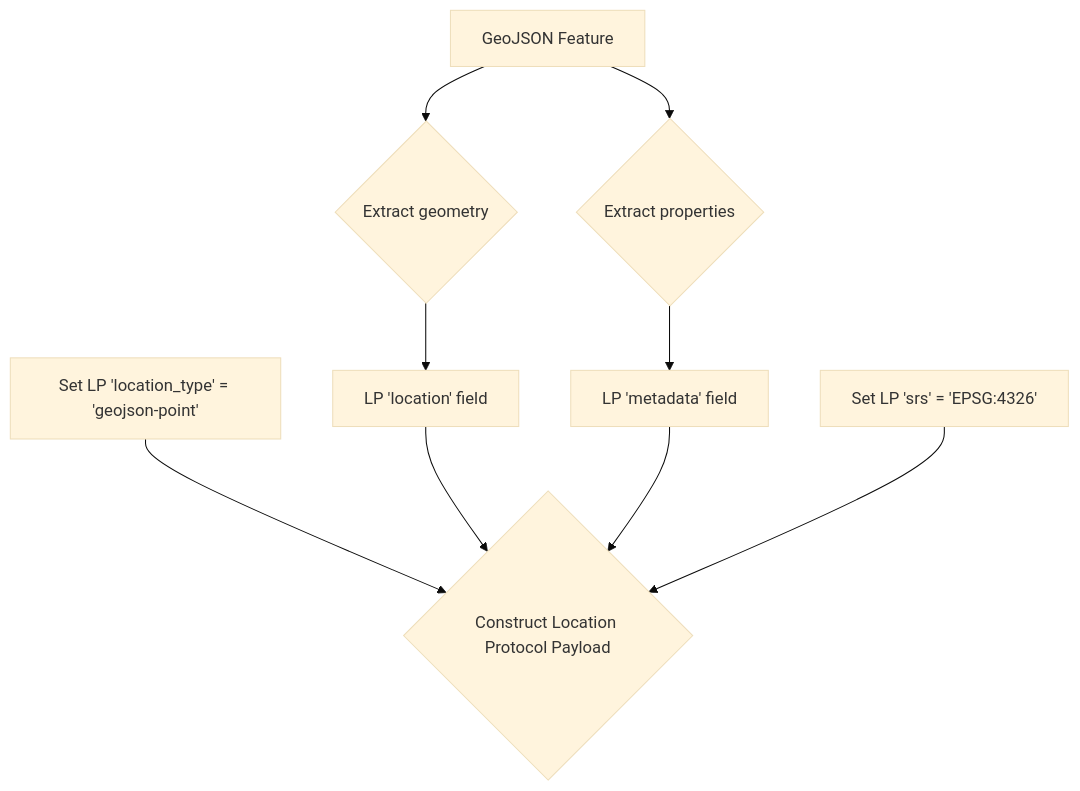
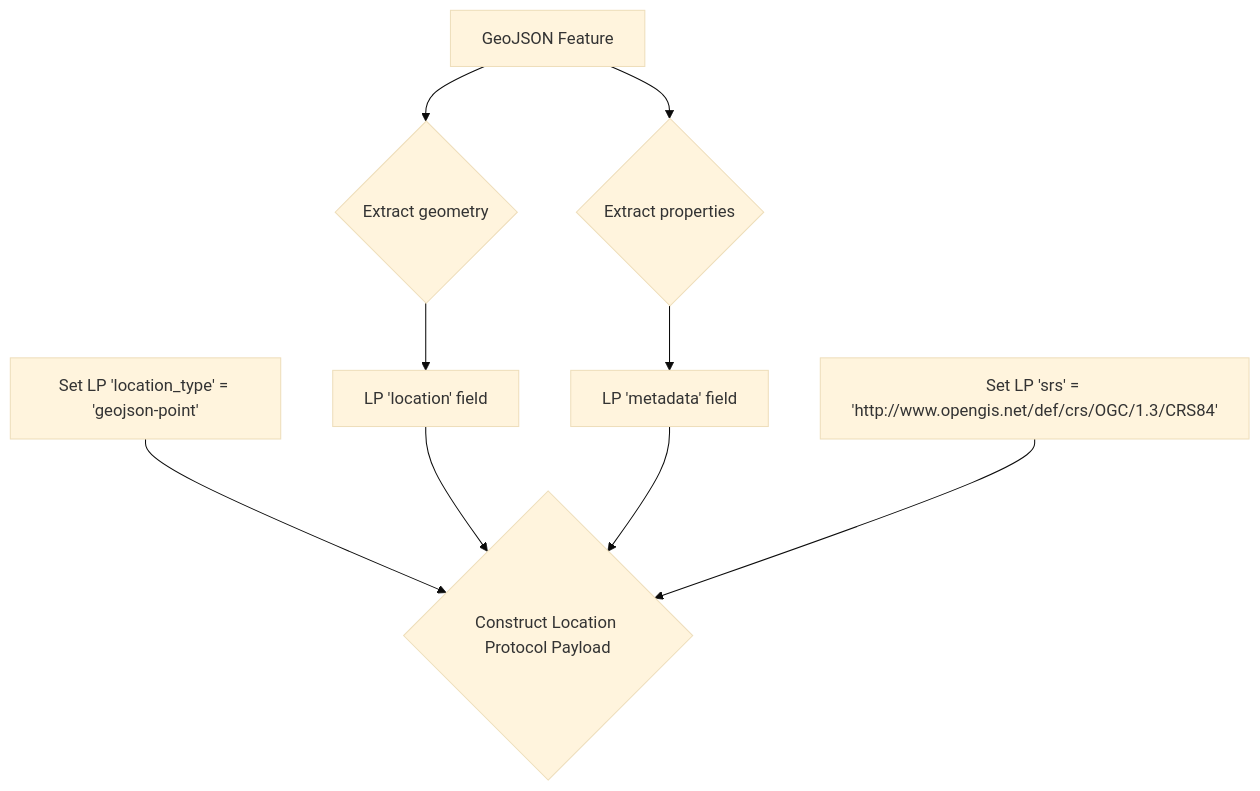
Before and after one commit to DecentralizedGeo/location-protocol-spec: the diagram in docs/spec-page/appendices/geojson-alignment.md, drawn with Mermaid (base theme). The commit also changed other lines of this file and 6 other files, not shown here.

Commit message:
chore: standardize srs value to OGC URI

````diff
--- a/docs/spec-page/appendices/geojson-alignment.md
+++ b/docs/spec-page/appendices/geojson-alignment.md
@@ -72,11 +72,11 @@
 ```mermaid
 graph TD
     A[GeoJSON Feature] --> B{Extract geometry};
     A --> C{Extract properties};
     B --> D[LP 'location' field];
     C --> E[LP 'metadata' field];
     F[Set LP 'location_type' = 'geojson-point'] --> G{Construct Location Protocol Payload};
     D --> G;
     E --> G;
-    H[Set LP 'srs' = 'EPSG:4326'] --> G;
+    H[Set LP 'srs' = 'http://www.opengis.net/def/crs/OGC/1.3/CRS84'] --> G;
 ```
````
